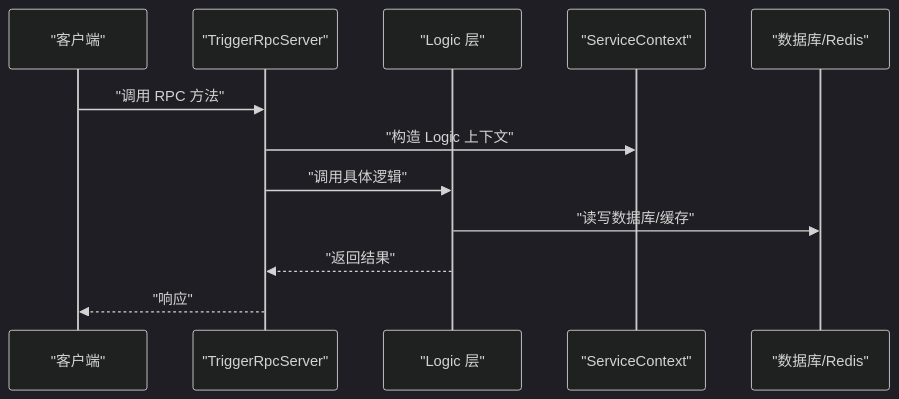
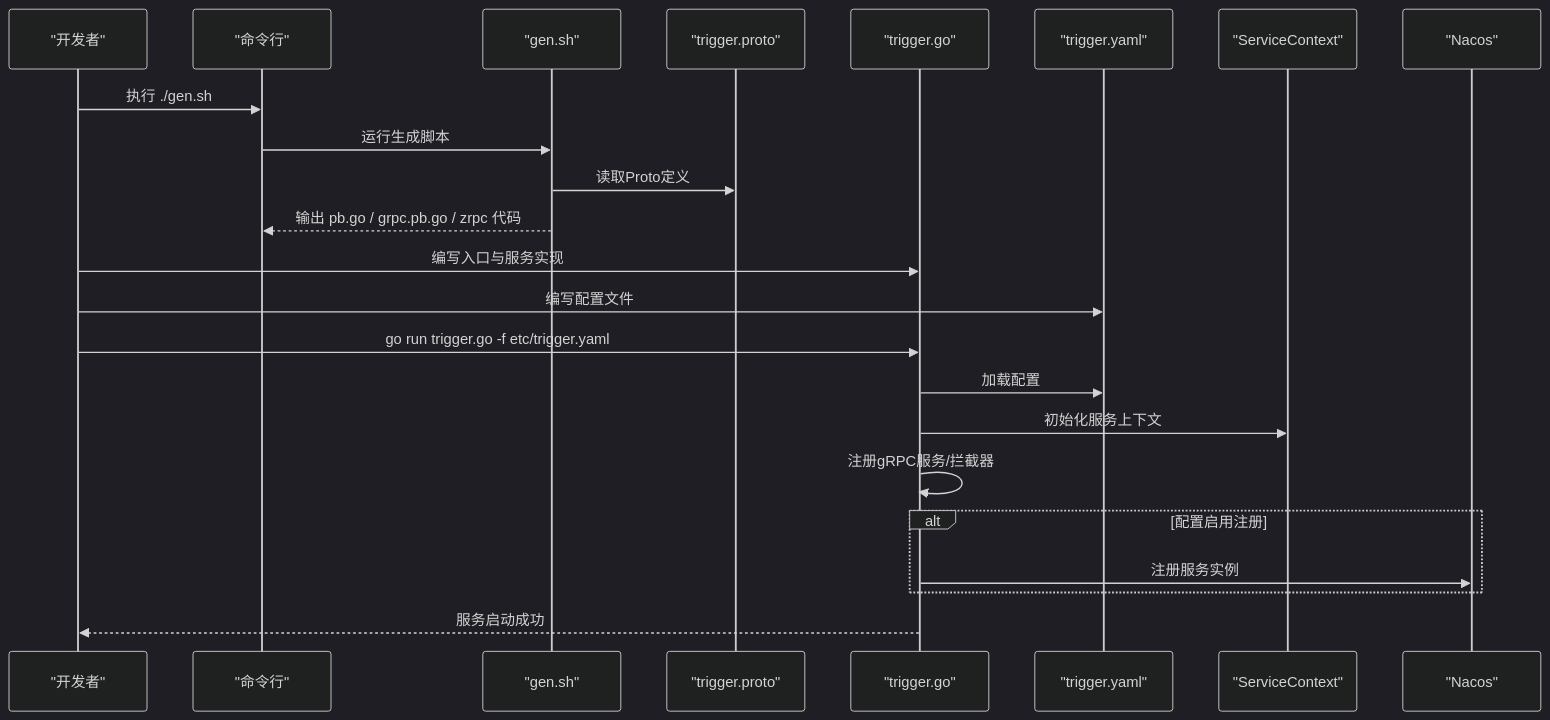
The third of 6 diagrams in .qoder/repowiki/zh/content/开发指南/开发指南.md (maomao94/zero-service), drawn with Mermaid (dark theme) before and after one commit. The commit also changed other lines of this file and 362 other files, not shown here.

````diff
--- a/.qoder/repowiki/zh/content/开发指南/开发指南.md
+++ b/.qoder/repowiki/zh/content/开发指南/开发指南.md
@@ -168,14 +166,25 @@
 ```mermaid
 sequenceDiagram
-participant C as "客户端"
-participant S as "TriggerRpcServer"
-participant L as "Logic 层"
-participant SC as "ServiceContext"
-participant DB as "数据库/Redis"
-C->>S : "调用 RPC 方法"
-S->>SC : "构造 Logic 上下文"
-S->>L : "调用具体逻辑"
-L->>DB : "读写数据库/缓存"
-L-->>S : "返回结果"
-S-->>C : "响应"
+participant Dev as "开发者"
+participant CLI as "命令行"
+participant Gen as "gen.sh"
+participant Proto as "trigger.proto"
+participant Main as "trigger.go"
+participant Cfg as "trigger.yaml"
+participant Svc as "ServiceContext"
+participant Nacos as "Nacos"
+Dev->>CLI : 执行 ./gen.sh
+CLI->>Gen : 运行生成脚本
+Gen->>Proto : 读取Proto定义
+Gen-->>CLI : 输出 pb.go / grpc.pb.go / zrpc 代码
+Dev->>Main : 编写入口与服务实现
+Dev->>Cfg : 编写配置文件
+Dev->>Main : go run trigger.go -f etc/trigger.yaml
+Main->>Cfg : 加载配置
+Main->>Svc : 初始化服务上下文
+Main->>Main : 注册gRPC服务/拦截器
+alt 配置启用注册
+Main->>Nacos : 注册服务实例
+end
+Main-->>Dev : 服务启动成功
 ```
````
